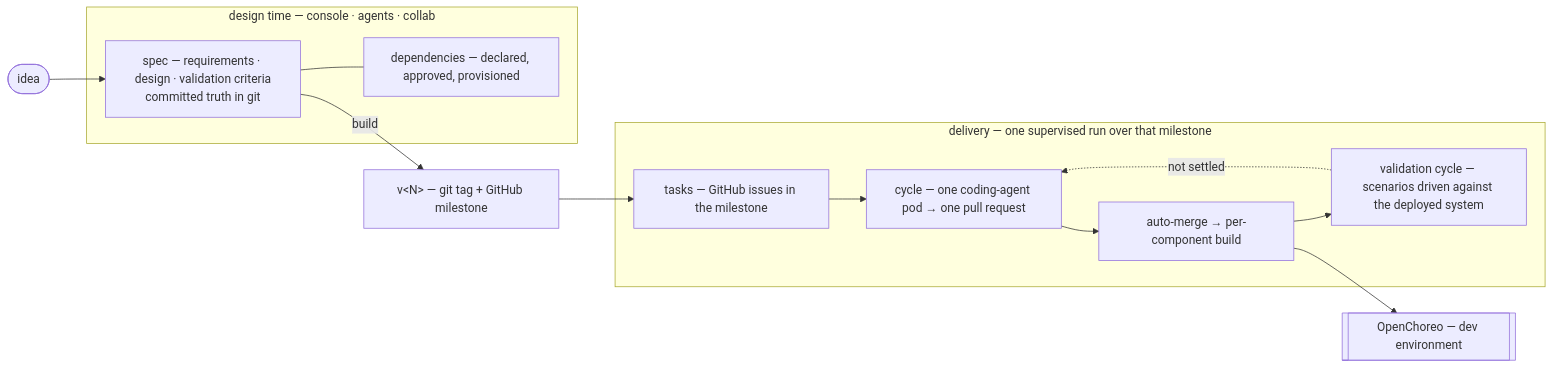
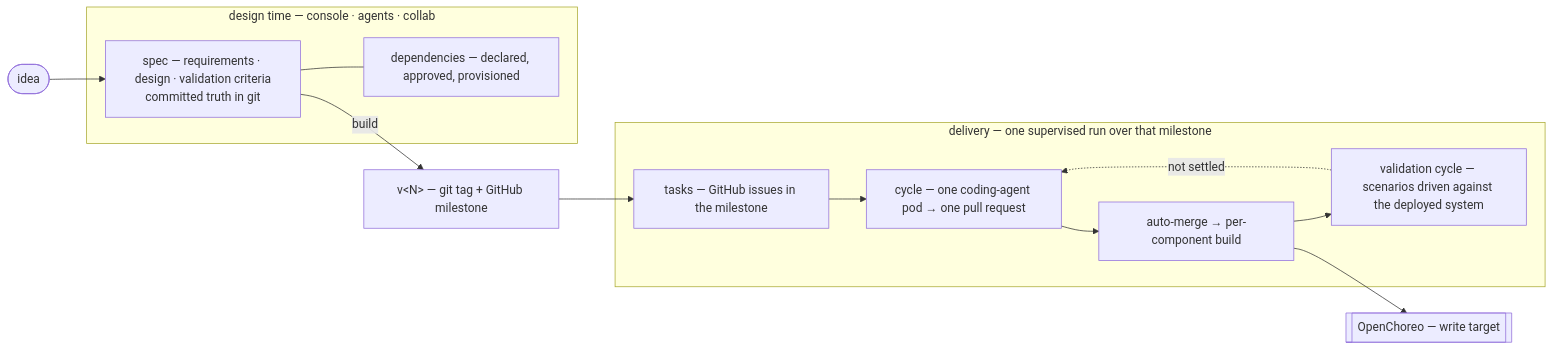
The diagram in README.md (KCSAbeywickrama/labs-agentic-engineer), drawn with Mermaid before and after one commit. The commit also changed 8 other files, not shown here.

Commit message:
docs: ADR-0039 the write target is a per-project fact resolved at use

````diff
--- a/README.md
+++ b/README.md
@@ -53,20 +53,20 @@
 ```mermaid
 flowchart LR
   IDEA([idea]) --> SPEC
   subgraph DESIGN["design time — console · agents · collab"]
     SPEC["spec — requirements · design · validation criteria<br/>committed truth in git"]
     DEP["dependencies — declared, approved, provisioned"]
     SPEC --- DEP
   end
   SPEC -->|build| TAG["v&lt;N&gt; — git tag + GitHub milestone"]
   subgraph RUN["delivery — one supervised run over that milestone"]
     TASK["tasks — GitHub issues in the milestone"]
     CYCLE["cycle — one coding-agent pod → one pull request"]
     MERGE["auto-merge → per-component build"]
     VAL["validation cycle — scenarios driven against the deployed system"]
     TASK --> CYCLE --> MERGE --> VAL
     VAL -.->|not settled| CYCLE
   end
   TAG --> TASK
-  MERGE --> OC[["OpenChoreo — dev environment"]]
+  MERGE --> OC[["OpenChoreo — write target"]]
 ```
````
